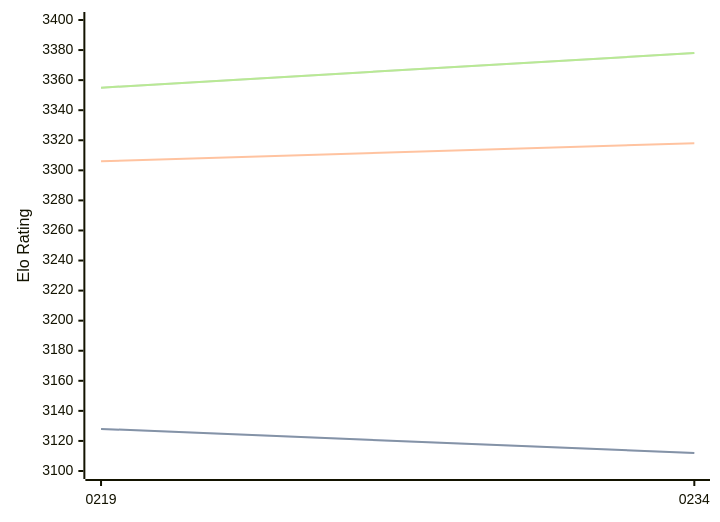
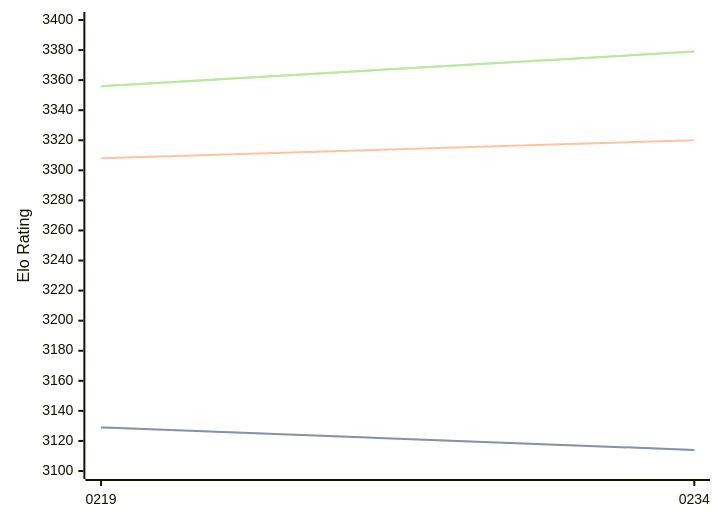
Before and after one commit to computer-chess-index/cci: the first of 3 diagrams in engines/Ynode.md, drawn with Mermaid. The commit also changed other lines of this file, not shown here.

Commit message:
Update CCI Ratings (ELO VLTC) - 2026-06-23

````diff
--- a/engines/Ynode.md
+++ b/engines/Ynode.md
@@ -39,11 +39,11 @@
 ```mermaid
 %%{init: {"theme":"base","themeVariables":{"seriesColors:['#a3a3a3','#222221','#faa371']}}}%%
 xychart-beta
   x-axis ["0219", "0234"]
   y-axis "Elo Rating" 3100 --> 3400
-  line "STC (8.0+0.08s)" [3128, 3112]
-  line "STC (8.0+0.08s)" [3128, 3112]
-  line "LTC (60.0+0.60s)" [3306, 3318]
-  line "VLTC (2m24s+1.12s)" [3355, 3378]
-  line "VLTC (2m24s+1.12s)" [3355, 3378]
+  line "STC (8.0+0.08s)" [3129, 3114]
+  line "STC (8.0+0.08s)" [3129, 3114]
+  line "LTC (60.0+0.60s)" [3308, 3320]
+  line "VLTC (2m24s+1.12s)" [3356, 3379]
+  line "VLTC (2m24s+1.12s)" [3356, 3379]
 ```
````
